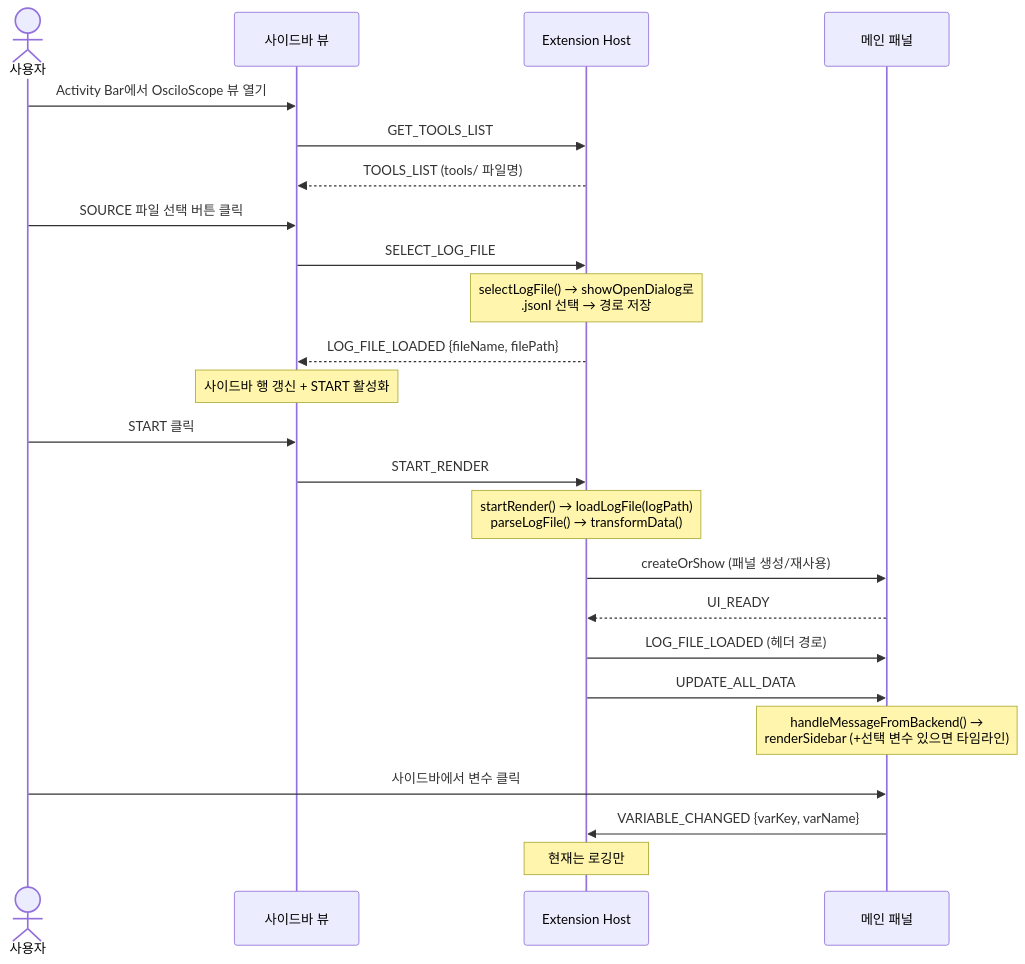
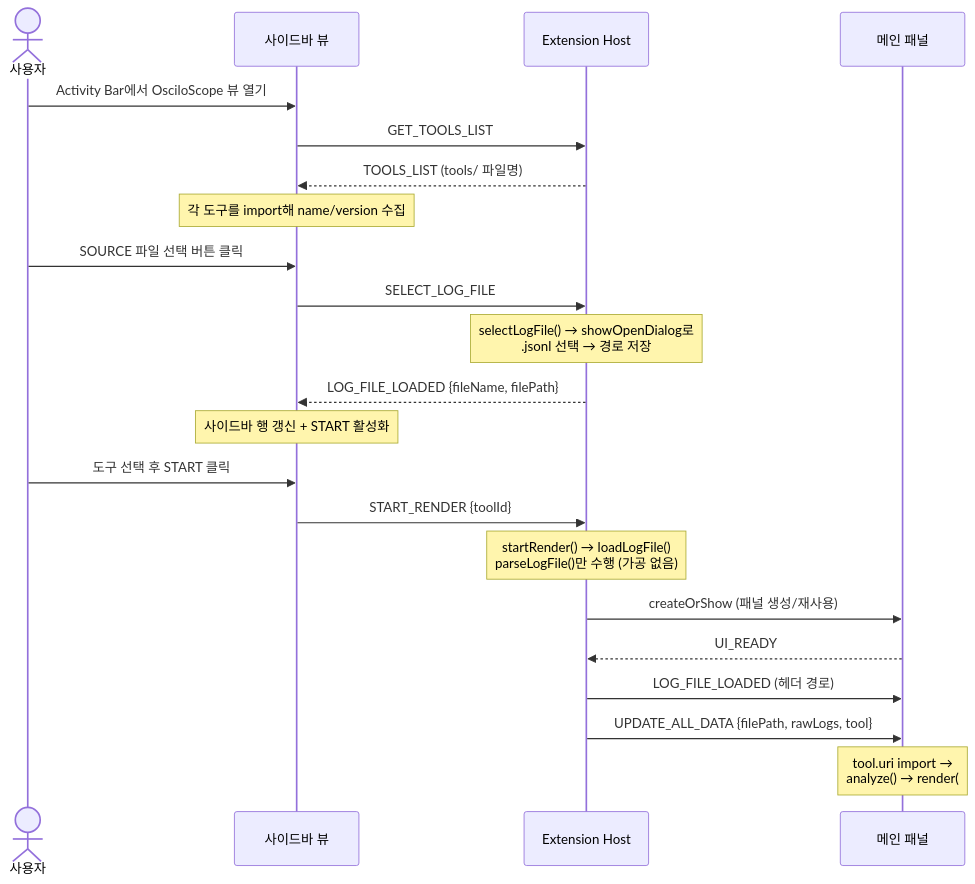
One commit to sdkurjnk/OsciloScope changed the diagram in docs/architecture.md. Above: the diagram before and after it, drawn with Mermaid. The commit also changed other lines of this file and 30 other files, not shown here.

````diff
--- a/docs/architecture.md
+++ b/docs/architecture.md
@@ -63,30 +93,28 @@
 ```mermaid
 sequenceDiagram
     actor U as 사용자
     participant SB as 사이드바 뷰
     participant EXT as Extension Host
     participant MP as 메인 패널
 
     U->>SB: Activity Bar에서 OsciloScope 뷰 열기
     SB->>EXT: GET_TOOLS_LIST
     EXT-->>SB: TOOLS_LIST (tools/ 파일명)
 
+    Note over SB: 각 도구를 import해 name/version 수집
+
     U->>SB: SOURCE 파일 선택 버튼 클릭
     SB->>EXT: SELECT_LOG_FILE
     Note over EXT: selectLogFile() → showOpenDialog로<br/>.jsonl 선택 → 경로 저장
     EXT-->>SB: LOG_FILE_LOADED {fileName, filePath}
     Note over SB: 사이드바 행 갱신 + START 활성화
 
-    U->>SB: START 클릭
-    SB->>EXT: START_RENDER
-    Note over EXT: startRender() → loadLogFile(logPath)<br/>parseLogFile() → transformData()
+    U->>SB: 도구 선택 후 START 클릭
+    SB->>EXT: START_RENDER {toolId}
+    Note over EXT: startRender() → loadLogFile()<br/>parseLogFile()만 수행 (가공 없음)
     EXT->>MP: createOrShow (패널 생성/재사용)
     MP-->>EXT: UI_READY
     EXT->>MP: LOG_FILE_LOADED (헤더 경로)
-    EXT->>MP: UPDATE_ALL_DATA
-    Note over MP: handleMessageFromBackend() →<br/>renderSidebar (+선택 변수 있으면 타임라인)
-
-    U->>MP: 사이드바에서 변수 클릭
-    MP->>EXT: VARIABLE_CHANGED {varKey, varName}
-    Note over EXT: 현재는 로깅만
+    EXT->>MP: UPDATE_ALL_DATA {filePath, rawLogs, tool}
+    Note over MP: tool.uri import →<br/>analyze() → render(#pluginRoot)
 ```
````
